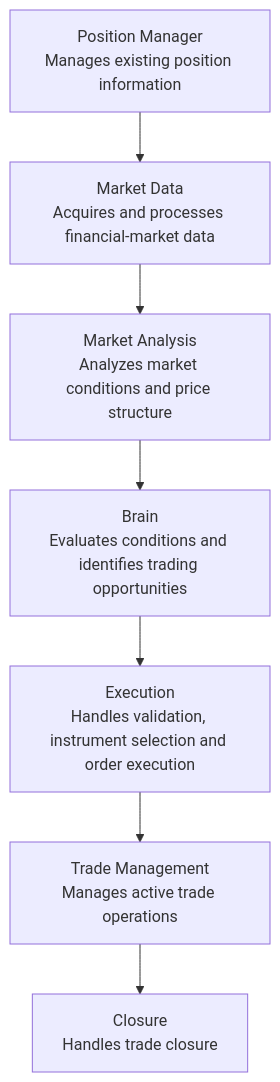
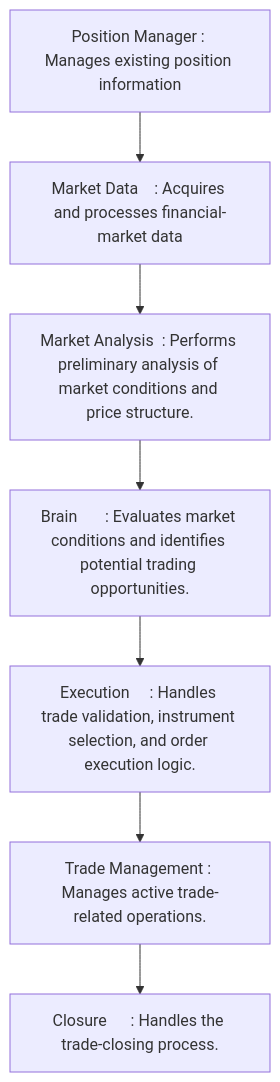
One commit to shivam42735776/E0-engine-documentation changed the diagram in README.md. Above: the diagram before and after it, drawn with Mermaid.

Commit message:
Revise workflow diagram descriptions for clarity
Updated the workflow diagram in the README to improve clarity and detail.

````diff
--- a/README.md
+++ b/README.md
@@ -102,17 +102,17 @@
 ```mermaid
 flowchart TD
-    A["Position Manager<br/>Manages existing position information"]
-    B["Market Data<br/>Acquires and processes financial-market data"]
-    C["Market Analysis<br/>Analyzes market conditions and price structure"]
-    D["Brain<br/>Evaluates conditions and identifies trading opportunities"]
-    E["Execution<br/>Handles validation, instrument selection and order execution"]
-    F["Trade Management<br/>Manages active trade operations"]
-    G["Closure<br/>Handles trade closure"]
+    A["Position Manager : Manages existing position information"]
+    B["  Market Data    : Acquires and processes financial-market data"]
+    C["Market Analysis  : Performs preliminary analysis of market conditions and price structure."]
+    D["     Brain       : Evaluates market conditions and identifies potential trading opportunities."]
+    E["   Execution     : Handles trade validation, instrument selection, and order execution logic."]
+    F["Trade Management : Manages active trade-related operations."]
+    G["    Closure      : Handles the trade-closing process."]
 
     A --> B
     B --> C
     C --> D
     D --> E
     E --> F
     F --> G
 ```
````
